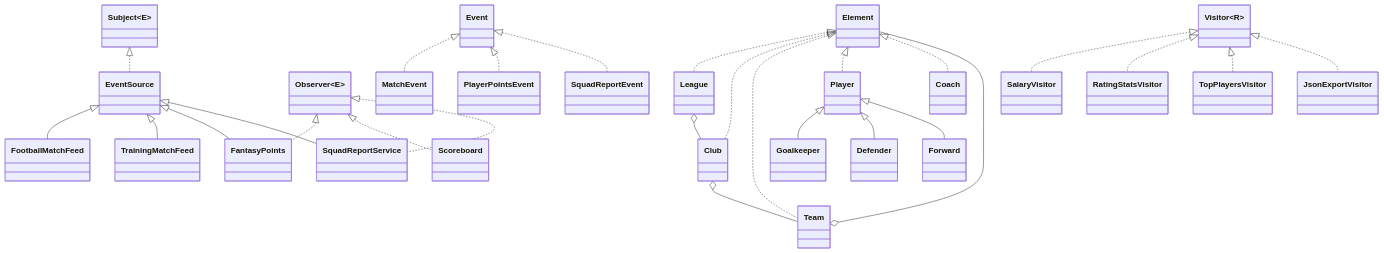
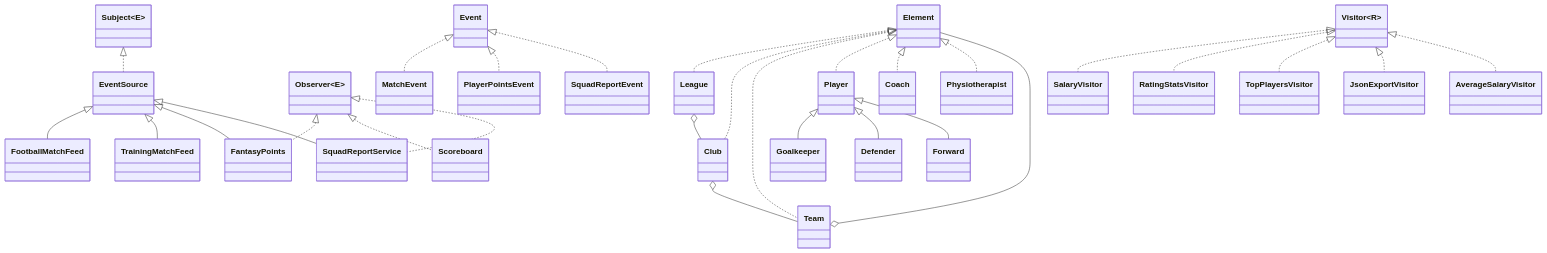
The diagram in README.md (kalybajnursejt49-coder/LiveSports), drawn with Mermaid before and after one commit. The commit also changed other lines of this file and 8 other files, not shown here.

Commit message:
Add Physiotherapist element

````diff
--- a/README.md
+++ b/README.md
@@ -26,29 +26,31 @@
 ```mermaid
 classDiagram
     Subject~E~ <|.. EventSource
     Observer~E~ <|.. FantasyPoints
     Observer~E~ <|.. Scoreboard
     Observer~E~ <|.. SquadReportService
     EventSource <|-- FootballMatchFeed
     EventSource <|-- TrainingMatchFeed
     EventSource <|-- FantasyPoints
     EventSource <|-- SquadReportService
     Event <|.. MatchEvent
     Event <|.. PlayerPointsEvent
     Event <|.. SquadReportEvent
     Element <|.. League
     Element <|.. Club
     Element <|.. Team
     Element <|.. Player
     Element <|.. Coach
+    Element <|.. Physiotherapist
     Player <|-- Goalkeeper
     Player <|-- Defender
     Player <|-- Forward
     League o-- Club
     Club o-- Team
     Team o-- Element
     Visitor~R~ <|.. SalaryVisitor
     Visitor~R~ <|.. RatingStatsVisitor
     Visitor~R~ <|.. TopPlayersVisitor
     Visitor~R~ <|.. JsonExportVisitor
+    Visitor~R~ <|.. AverageSalaryVisitor
 ```
````
